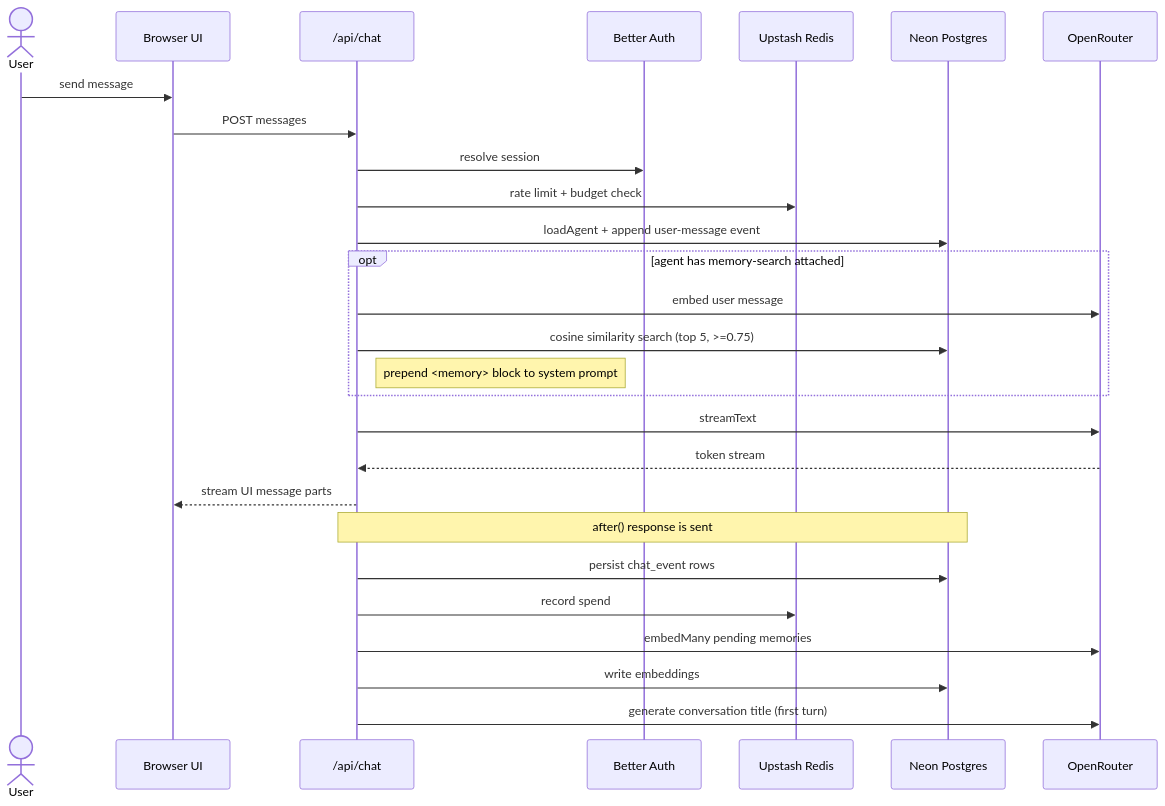
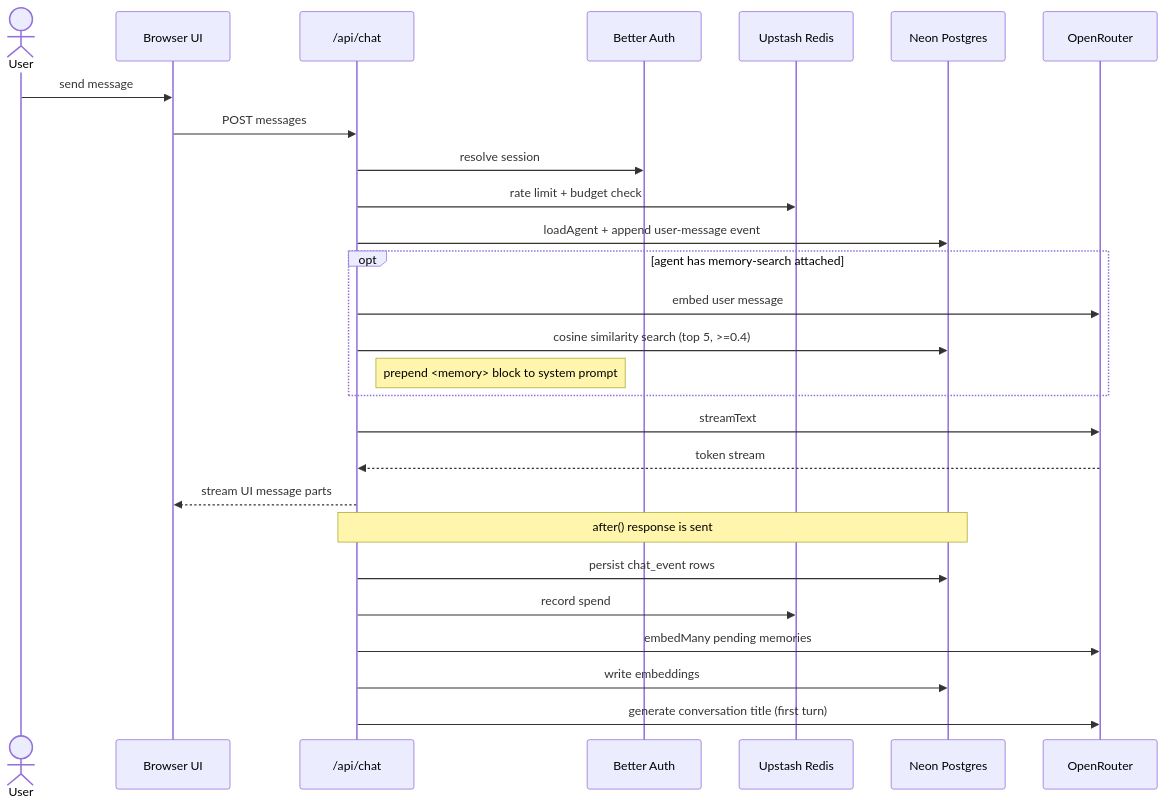
The second of 5 diagrams in ARCHITECTURE.md (jimmy-guzman/comal.dev), drawn with Mermaid before and after one commit. The commit also changed other lines of this file and 2 other files, not shown here.

Commit message:
fix: 🐛 lower memory similarity threshold to 0.4
Trace investigation showed the saved row landed with a valid embedding,
but the recall search returned no matches. Probing cosine similarities
directly: the model's 'favorite coffee equipment brewing method' query
against 'User's favorite coffee equipment brand is Fellow' scored 0.61,
the variant 'What is my favorite equipment?' scored 0.46, and even the
near-paraphrase 'favorite coffee equipment' only hit 0.72. All under the
0.75 threshold that was quoted in the original issue. That threshold is
calibrated for embedding models with tighter distributions;
text-embedding-3-small produces lower scores for semantically related
but lexically different content. Drop the default in
MemoryService.search and MEMORY_THRESHOLD in the chat route to 0.4,
which catches realistic recall while still filtering unrelated content.
ARCHITECTURE.md updated with the rationale.

````diff
--- a/ARCHITECTURE.md
+++ b/ARCHITECTURE.md
@@ -30,30 +30,30 @@
 ```mermaid
 sequenceDiagram
   actor User
   participant UI as Browser UI
   participant API as /api/chat
   participant Auth as Better Auth
   participant Redis as Upstash Redis
   participant DB as Neon Postgres
   participant LLM as OpenRouter
 
   User->>UI: send message
   UI->>API: POST messages
   API->>Auth: resolve session
   API->>Redis: rate limit + budget check
   API->>DB: loadAgent + append user-message event
   opt agent has memory-search attached
     API->>LLM: embed user message
-    API->>DB: cosine similarity search (top 5, >=0.75)
+    API->>DB: cosine similarity search (top 5, >=0.4)
     Note right of API: prepend <memory> block to system prompt
   end
   API->>LLM: streamText
   LLM-->>API: token stream
   API-->>UI: stream UI message parts
   Note over API,DB: after() response is sent
   API->>DB: persist chat_event rows
   API->>Redis: record spend
   API->>LLM: embedMany pending memories
   API->>DB: write embeddings
   API->>LLM: generate conversation title (first turn)
 ```
````
